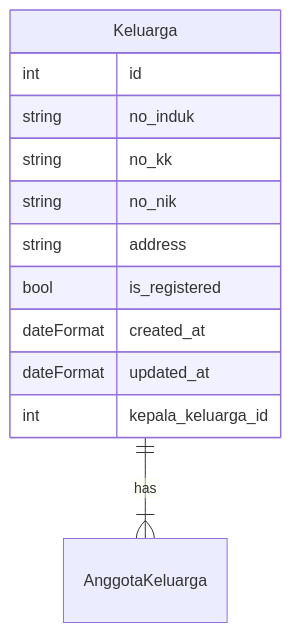
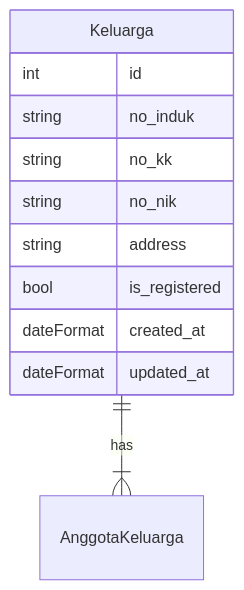
Before and after one commit to KennFatt/istiqomah-mandiri-backend: the first of 2 diagrams in DESIGN.md, drawn with Mermaid. The commit also changed other lines of this file, not shown here.

Commit message:
docs: update ERD to match with current working schema

````diff
--- a/DESIGN.md
+++ b/DESIGN.md
@@ -5,21 +5,19 @@
 ```mermaid
 erDiagram
     Keluarga ||--|{ AnggotaKeluarga : has
 
     Keluarga {
         int id
 
         string no_induk
 
         string no_kk
         string no_nik
         string address
 
         bool is_registered
 
         dateFormat created_at
         dateFormat updated_at
-
-        int kepala_keluarga_id
     }
 ```
````
